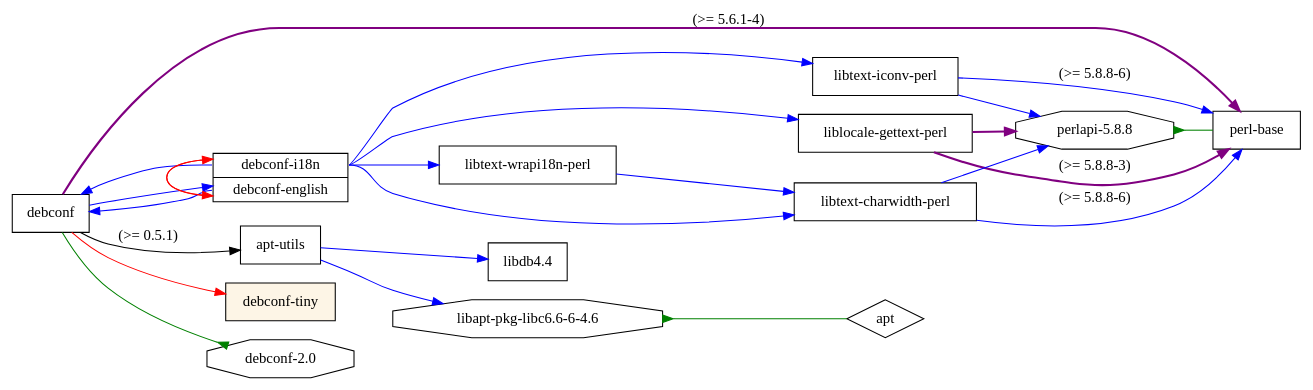
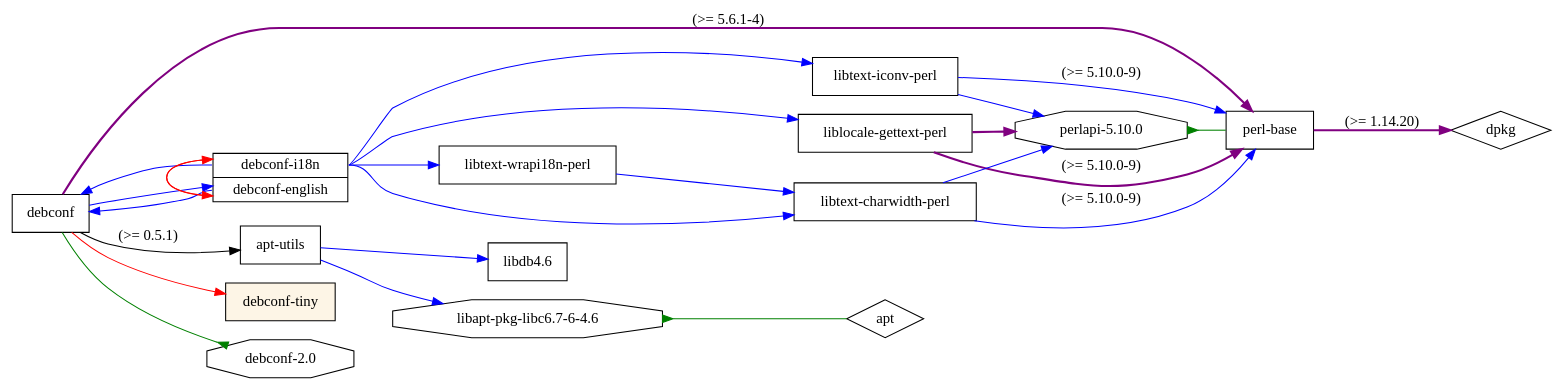
One commit to juandesant/debtree changed the diagram in testset/debconf5.dot. Above: the diagram before and after it, drawn with Graphviz. The commit also changed 21 other files, not shown here.

```diff
--- a/testset/debconf5.dot
+++ b/testset/debconf5.dot
@@ -1,37 +1,39 @@
 digraph "debconf" {
 	rankdir=LR;
 	node [shape=box];
 	"debconf" -> "perl-base" [color=purple,style=bold,label="(>= 5.6.1-4)"];
+	"perl-base" -> "dpkg" [color=purple,style=bold,label="(>= 1.14.20)"];
 	"debconf" -> "alt1" [color=blue];
 	"alt1":"debconf-i18n" -> "debconf" [color=blue];
 	"alt1":"debconf-i18n" -> "liblocale-gettext-perl" [color=blue];
-	"liblocale-gettext-perl" -> "perl-base" [color=purple,style=bold,label="(>= 5.8.8-3)"];
-	"liblocale-gettext-perl" -> "perlapi-5.8.8" [color=purple,style=bold];
-	"perlapi-5.8.8" -> "perl-base" [dir=back,arrowtail=inv,color=green];
-	"perlapi-5.8.8" [shape=octagon];
+	"liblocale-gettext-perl" -> "perl-base" [color=purple,style=bold,label="(>= 5.10.0-9)"];
+	"liblocale-gettext-perl" -> "perlapi-5.10.0" [color=purple,style=bold];
+	"perlapi-5.10.0" -> "perl-base" [dir=back,arrowtail=inv,color=green];
+	"perlapi-5.10.0" [shape=octagon];
 	"alt1":"debconf-i18n" -> "libtext-iconv-perl" [color=blue];
-	"libtext-iconv-perl" -> "perlapi-5.8.8" [color=blue];
-	"libtext-iconv-perl" -> "perl-base" [color=blue,label="(>= 5.8.8-6)"];
+	"libtext-iconv-perl" -> "perl-base" [color=blue,label="(>= 5.10.0-9)"];
+	"libtext-iconv-perl" -> "perlapi-5.10.0" [color=blue];
 	"alt1":"debconf-i18n" -> "libtext-wrapi18n-perl" [color=blue];
 	"libtext-wrapi18n-perl" -> "libtext-charwidth-perl" [color=blue];
-	"libtext-charwidth-perl" -> "perlapi-5.8.8" [color=blue];
-	"libtext-charwidth-perl" -> "perl-base" [color=blue,label="(>= 5.8.8-6)"];
+	"libtext-charwidth-perl" -> "perl-base" [color=blue,label="(>= 5.10.0-9)"];
+	"libtext-charwidth-perl" -> "perlapi-5.10.0" [color=blue];
 	"alt1":"debconf-i18n" -> "libtext-charwidth-perl" [color=blue];
 	"alt1":"debconf-i18n" -> "alt1":"debconf-english" [color=red];
 	"alt1":"debconf-english" -> "debconf" [color=blue];
 	"alt1":"debconf-english" -> "alt1":"debconf-i18n" [color=red];
 	"debconf" -> "apt-utils" [label="(>= 0.5.1)"];
-	"apt-utils" -> "libapt-pkg-libc6.6-6-4.6" [color=blue];
-	"libapt-pkg-libc6.6-6-4.6" -> "apt" [dir=back,arrowtail=inv,color=green];
-	"libapt-pkg-libc6.6-6-4.6" [shape=octagon];
-	"apt-utils" -> "libdb4.4" [color=blue];
+	"apt-utils" -> "libapt-pkg-libc6.7-6-4.6" [color=blue];
+	"libapt-pkg-libc6.7-6-4.6" -> "apt" [dir=back,arrowtail=inv,color=green];
+	"libapt-pkg-libc6.7-6-4.6" [shape=octagon];
+	"apt-utils" -> "libdb4.6" [color=blue];
 	"debconf" -> "debconf-tiny" [color=red];
 	"debconf" -> "debconf-2.0" [arrowhead=inv,color=green];
 	"debconf-2.0" [shape=octagon];
 	"debconf-tiny" [style=filled,fillcolor=oldlace];
 	alt1 [
 		shape = "record"
 		label = "<debconf-i18n> debconf-i18n | <debconf-english> debconf-english"
 	]
+	"dpkg" [shape = diamond];
 	"apt" [shape = diamond];
 }
```
